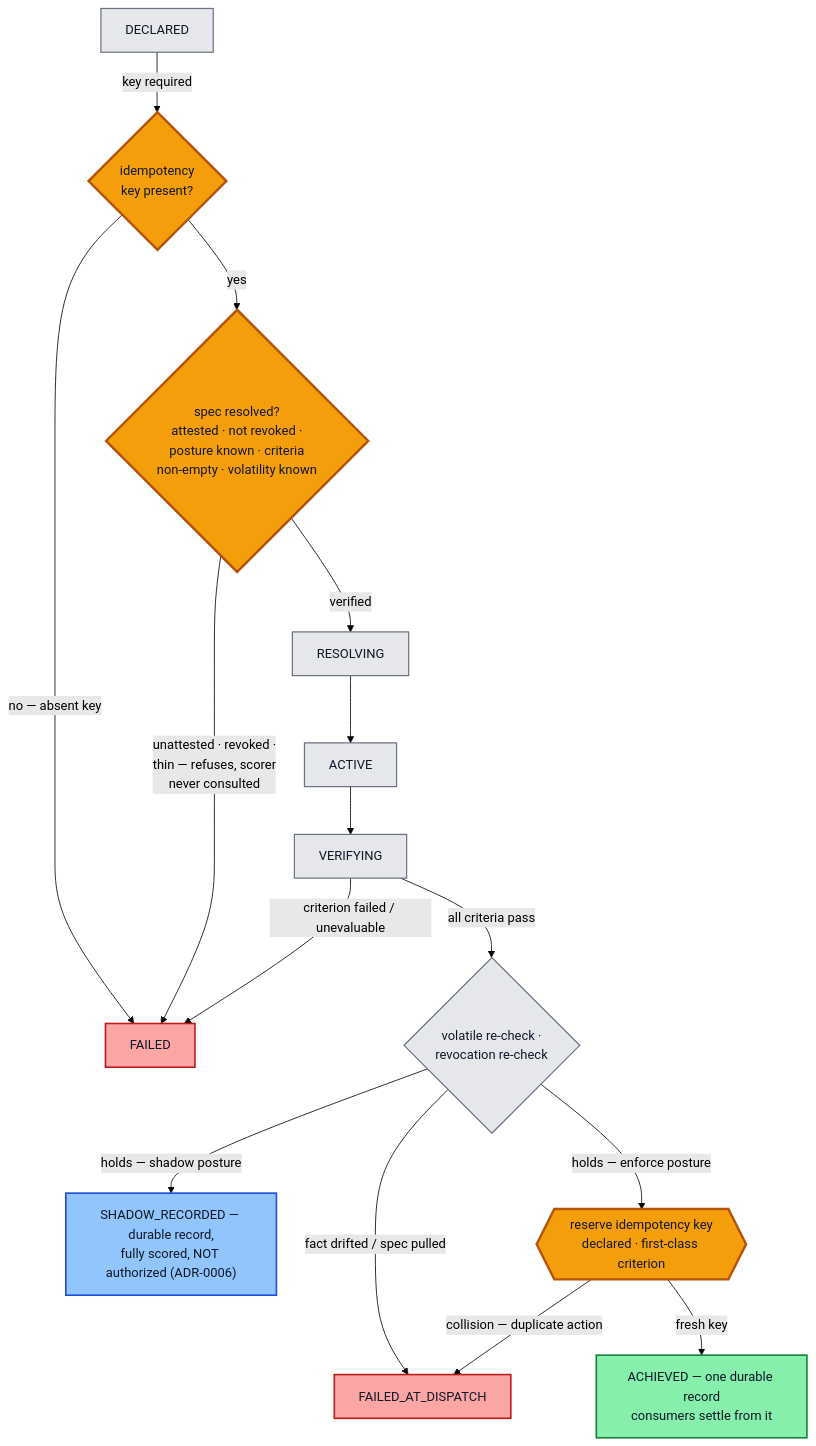
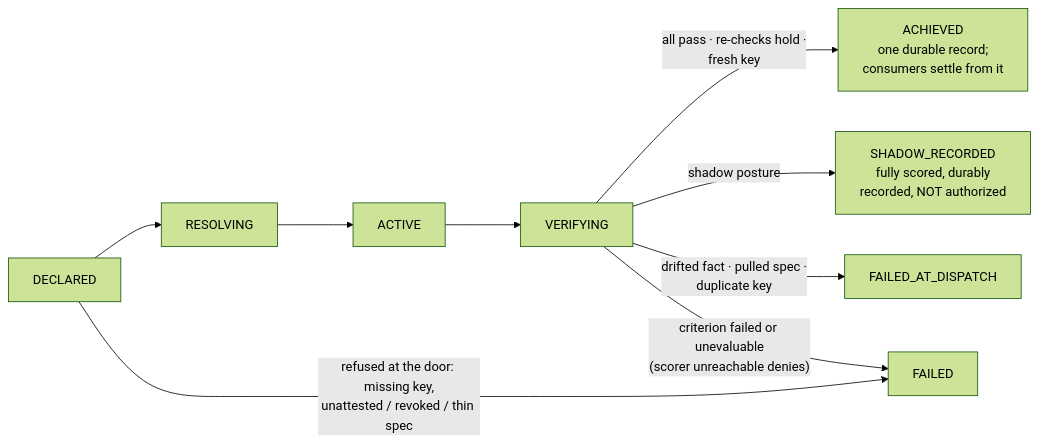
One commit to hossainpazooki/intent-plane changed the second of 2 diagrams in README.md. Above: the diagram before and after it, drawn with Mermaid (forest theme). The commit also changed other lines of this file and 2 other files, not shown here.

````diff
--- a/README.md
+++ b/README.md
@@ -69,26 +62,9 @@
 ```mermaid
-flowchart TD
-    D[DECLARED] -->|key required| K{idempotency<br/>key present?}
-    K -->|no — absent key| F[FAILED]
-    K -->|yes| TS{spec resolved?<br/>attested · not revoked ·<br/>posture known · criteria<br/>non-empty · volatility known}
-    TS -->|"unattested · revoked ·<br/>thin — refuses, scorer<br/>never consulted"| F
-    TS -->|verified| R[RESOLVING] --> A[ACTIVE] --> V[VERIFYING]
-    V -->|criterion failed / unevaluable| F
-    V -->|all criteria pass| VR{volatile re-check ·<br/>revocation re-check}
-    VR -->|fact drifted / spec pulled| FD[FAILED_AT_DISPATCH]
-    VR -->|holds — shadow posture| SH["SHADOW_RECORDED — durable record,<br/>fully scored, NOT authorized (ADR-0006)"]
-    VR -->|holds — enforce posture| IDEM{{"reserve idempotency key<br/>declared · first-class criterion"}}
-    IDEM -->|collision — duplicate action| FD
-    IDEM -->|fresh key| ACH["ACHIEVED — one durable record<br/>consumers settle from it"]
-
-    classDef neutral fill:#e5e7eb,stroke:#6b7280,stroke-width:1.5px,color:#111827;
-    classDef idem fill:#f59e0b,stroke:#b45309,stroke-width:3px,color:#111827;
-    classDef good fill:#86efac,stroke:#15803d,stroke-width:2px,color:#111827;
-    classDef bad fill:#fca5a5,stroke:#b91c1c,stroke-width:2px,color:#111827;
-    classDef durable fill:#93c5fd,stroke:#1d4ed8,stroke-width:2px,color:#111827;
-    class D,R,A,V,VR neutral;
-    class K,TS,IDEM idem;
-    class ACH good;
-    class SH durable;
-    class F,FD bad;
+flowchart LR
+    D[DECLARED] --> R[RESOLVING] --> A[ACTIVE] --> V[VERIFYING]
+    V -->|"all pass · re-checks hold ·<br/>fresh key"| ACH["ACHIEVED<br/>one durable record;<br/>consumers settle from it"]
+    V -->|"shadow posture"| SH["SHADOW_RECORDED<br/>fully scored, durably<br/>recorded, NOT authorized"]
+    V -->|"drifted fact · pulled spec ·<br/>duplicate key"| FAD[FAILED_AT_DISPATCH]
+    D -->|"refused at the door: missing key,<br/>unattested / revoked / thin spec"| F[FAILED]
+    V -->|"criterion failed or unevaluable<br/>(scorer unreachable denies)"| F
 ```
````
